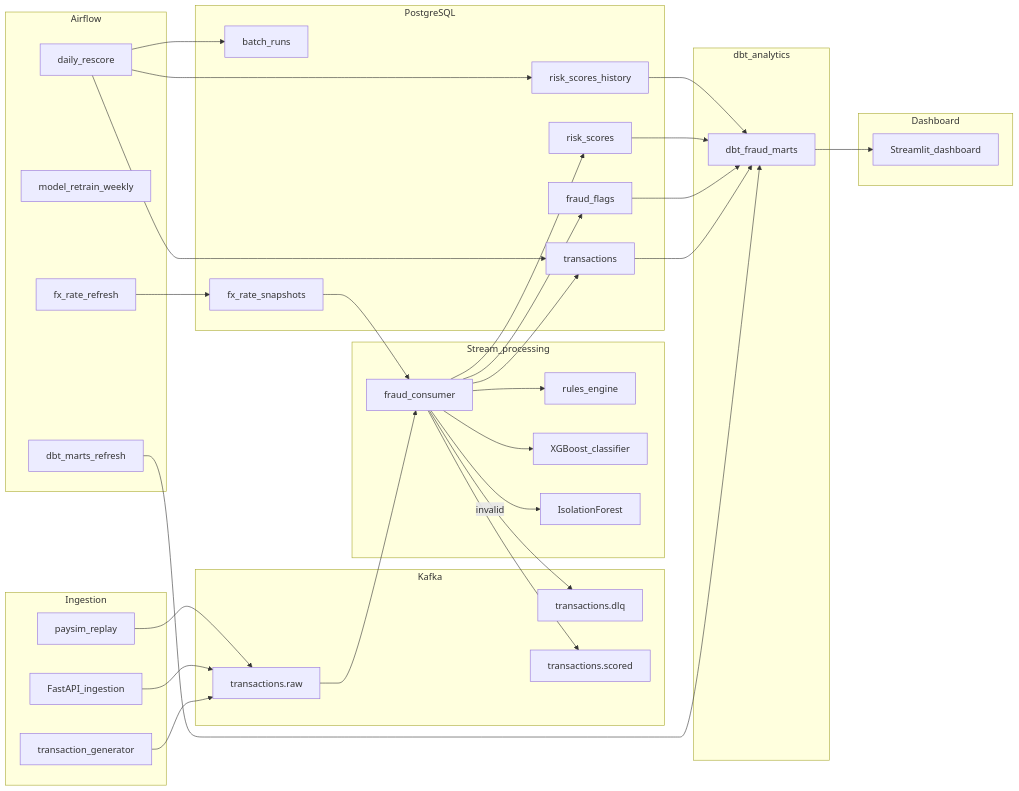
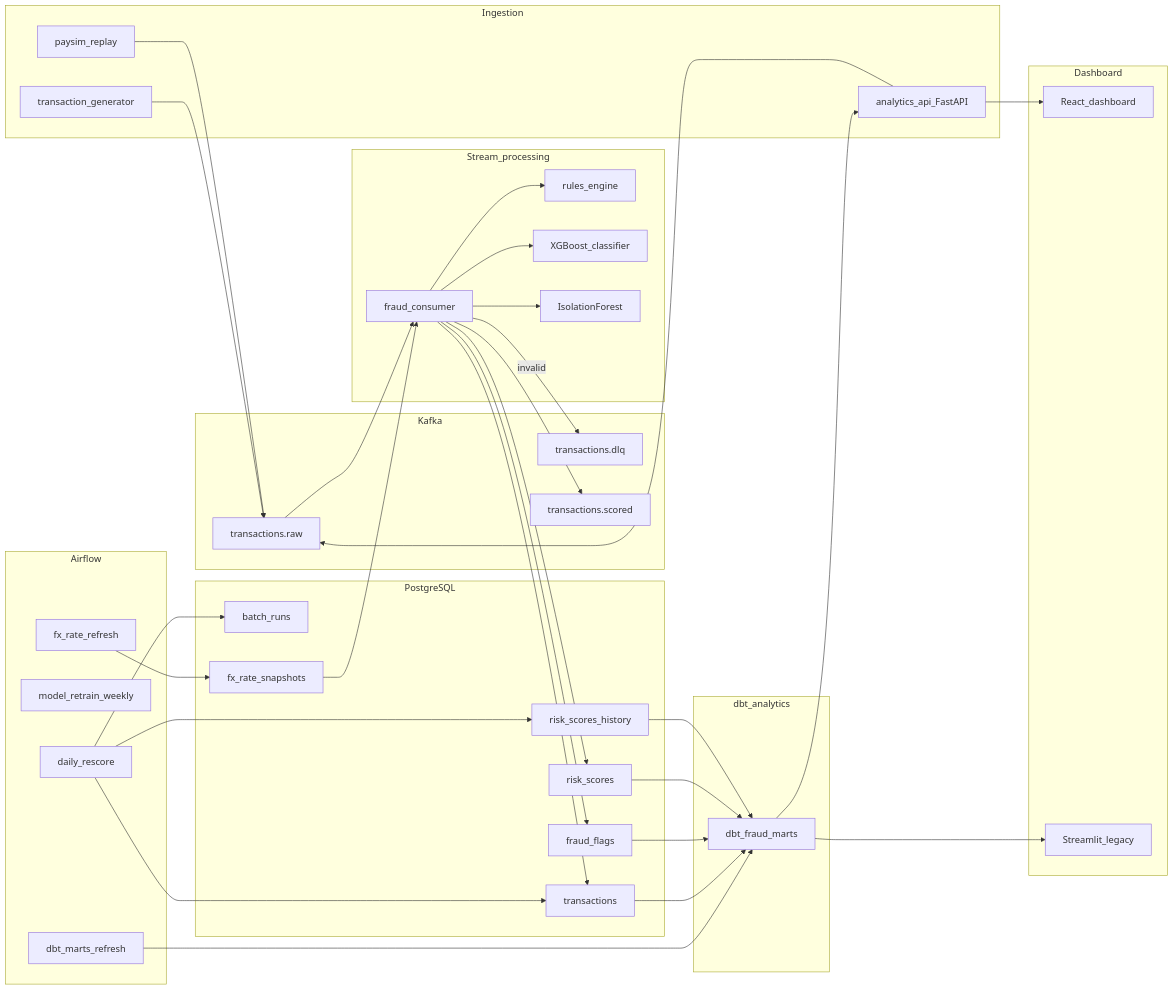
The diagram in README.md (mnaufaldr01/real-time-fraud-detection), drawn with Mermaid before and after one commit. The commit also changed other lines of this file and 42 other files, not shown here.

Commit message:
added react dashboard

````diff
--- a/README.md
+++ b/README.md
@@ -5,62 +5,66 @@
 ```mermaid
 flowchart LR
   subgraph ingest [Ingestion]
     Gen[transaction_generator]
     API[FastAPI_ingestion]
     PaySim[paysim_replay]
   end
   subgraph kafka [Kafka]
     Raw[transactions.raw]
     DLQ[transactions.dlq]
     Scored[transactions.scored]
   end
   subgraph stream [Stream_processing]
     Consumer[fraud_consumer]
     Rules[rules_engine]
     XGB[XGBoost_classifier]
     IF[IsolationForest]
   end
   subgraph store [PostgreSQL]
     Txn[transactions]
     Risk[risk_scores]
     Flags[fraud_flags]
     Hist[risk_scores_history]
     Runs[batch_runs]
     FX[fx_rate_snapshots]
   end
   subgraph batch [Airflow]
     Rescore[daily_rescore]
     Retrain[model_retrain_weekly]
     FxDAG[fx_rate_refresh]
     DbtRefresh[dbt_marts_refresh]
   end
   subgraph analytics [dbt_analytics]
     dbt[dbt_fraud_marts]
   end
   subgraph ui [Dashboard]
-    Dash[Streamlit_dashboard]
+    API[analytics_api_FastAPI]
+    Web[React_dashboard]
+    Dash[Streamlit_legacy]
   end
   Gen --> Raw
   API --> Raw
   PaySim --> Raw
   Raw --> Consumer
   Consumer -->|invalid| DLQ
   Consumer --> Rules
   Consumer --> XGB
   Consumer --> IF
   Consumer --> Scored
   Consumer --> Txn
   Consumer --> Risk
   Consumer --> Flags
   FxDAG --> FX
   FX --> Consumer
   Rescore --> Txn
   Rescore --> Hist
   Rescore --> Runs
   DbtRefresh --> dbt
   Txn --> dbt
   Flags --> dbt
   Risk --> dbt
   Hist --> dbt
+  dbt --> API
+  API --> Web
   dbt --> Dash
 ```
````
